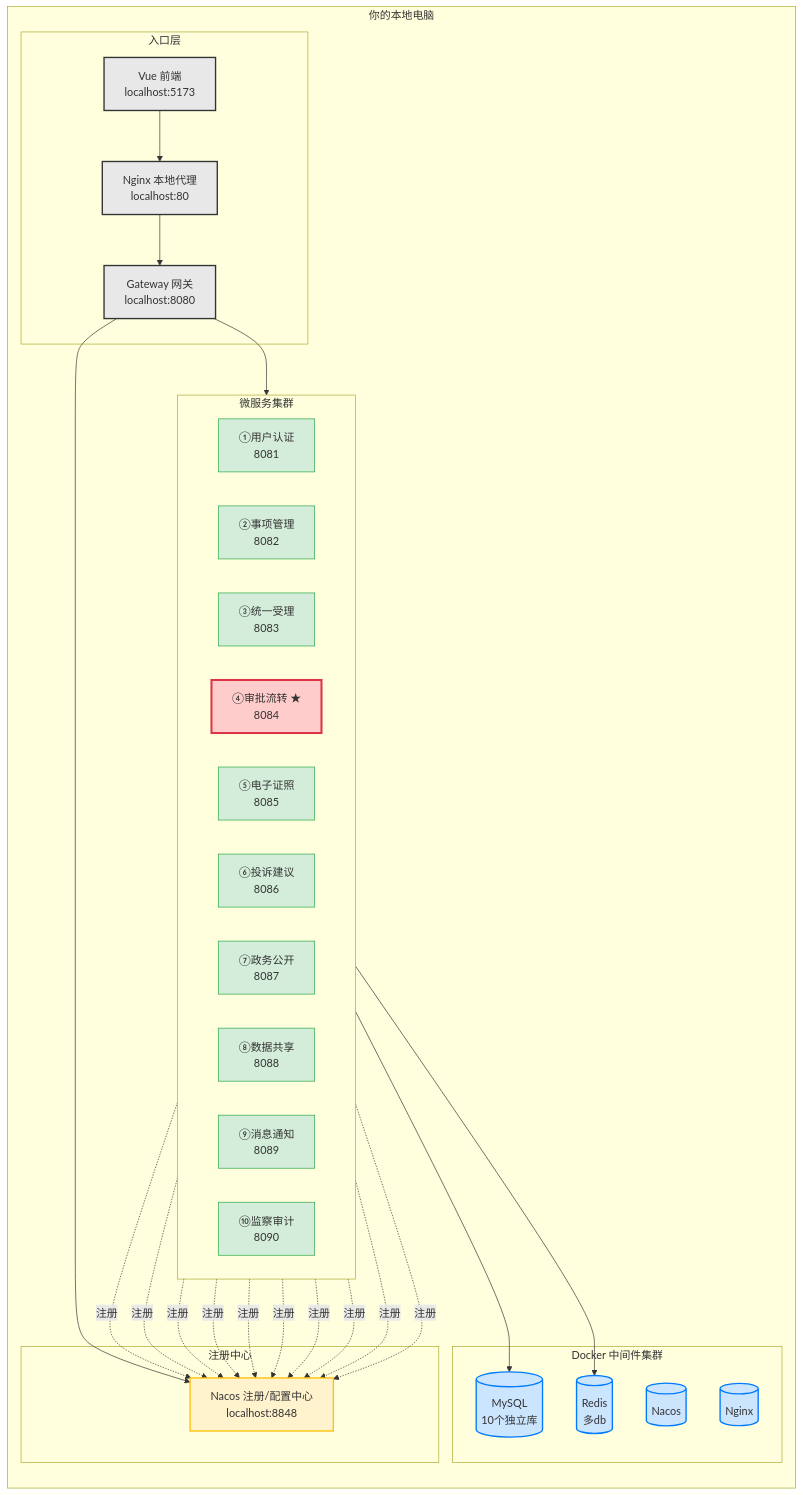
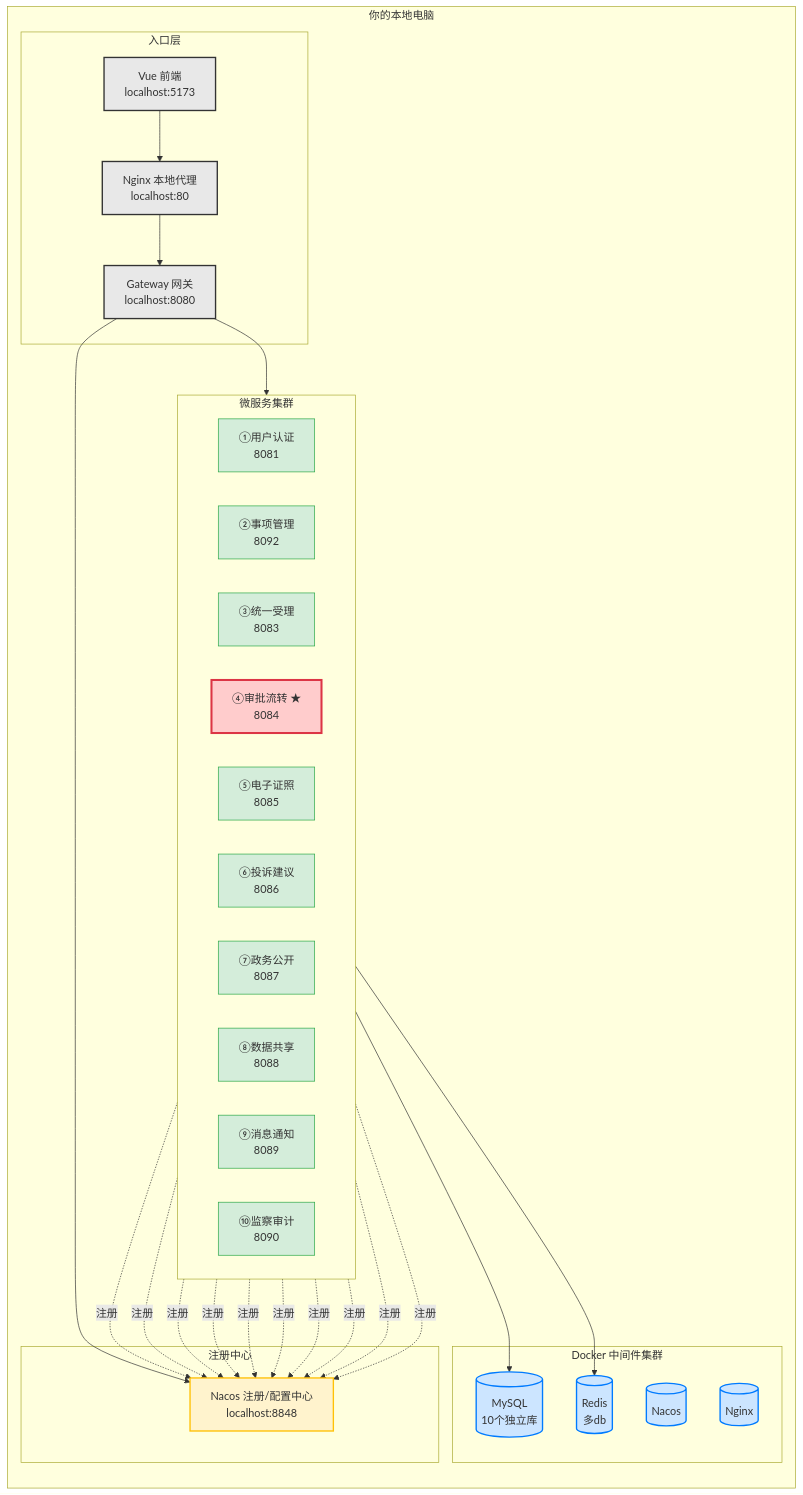
Before and after one commit to Liu3389/gov-platform: the first of 2 diagrams in docs/00-项目文档/项目介绍.md, drawn with Mermaid. The commit also changed other lines of this file and 119 other files, not shown here.

````diff
--- a/docs/00-项目文档/项目介绍.md
+++ b/docs/00-项目文档/项目介绍.md
@@ -55,71 +55,71 @@
 ```mermaid
 graph LR
     subgraph Local[你的本地电脑]
         
         subgraph Entry[入口层]
             Vue[Vue 前端<br>localhost:5173]
             Nginx[Nginx 本地代理<br>localhost:80]
             Gateway[Gateway 网关<br>localhost:8080]
         end
 
         subgraph Registry[注册中心]
             Nacos[Nacos 注册/配置中心<br>localhost:8848]
         end
 
         subgraph Services[微服务集群]
             direction LR
             User[①用户认证<br>8081]
-            Item[②事项管理<br>8082]
+            Item[②事项管理<br>8092]
             Reception[③统一受理<br>8083]
             Activiti[④审批流转 ★<br>8084]
             License[⑤电子证照<br>8085]
             Complaint[⑥投诉建议<br>8086]
             Open[⑦政务公开<br>8087]
             DataShare[⑧数据共享<br>8088]
             Message[⑨消息通知<br>8089]
             Monitor[⑩监察审计<br>8090]
         end
 
         subgraph Middleware[Docker 中间件集群]
             MySQL[(MySQL<br>10个独立库)]
             Redis[(Redis<br>多db)]
             NacosDB[(Nacos)]
             NginxProxy[(Nginx)]
         end
     end
 
     %% 入口层连接
     Vue --> Nginx
     Nginx --> Gateway
     Gateway --> Nacos
     Gateway --> Services
 
     %% 服务注册到Nacos
     User -.->|注册| Nacos
     Item -.->|注册| Nacos
     Reception -.->|注册| Nacos
     Activiti -.->|注册| Nacos
     License -.->|注册| Nacos
     Complaint -.->|注册| Nacos
     Open -.->|注册| Nacos
     DataShare -.->|注册| Nacos
     Message -.->|注册| Nacos
     Monitor -.->|注册| Nacos
 
     %% 服务访问中间件
     Services --> MySQL
     Services --> Redis
 
     %% 样式
     classDef entry fill:#e8e8e8,stroke:#333,stroke-width:2px;
     classDef registry fill:#fff3cd,stroke:#ffc107,stroke-width:2px;
     classDef service fill:#d4edda,stroke:#28a745,stroke-width:1px;
     classDef activiti fill:#ffcccc,stroke:#dc3545,stroke-width:3px;
     classDef middleware fill:#cce5ff,stroke:#007bff,stroke-width:2px;
 
     class Vue,Nginx,Gateway entry;
     class Nacos registry;
     class User,Item,Reception,License,Complaint,Open,DataShare,Message,Monitor service;
     class Activiti activiti;
     class MySQL,Redis,NacosDB,NginxProxy middleware;
 ```
````
